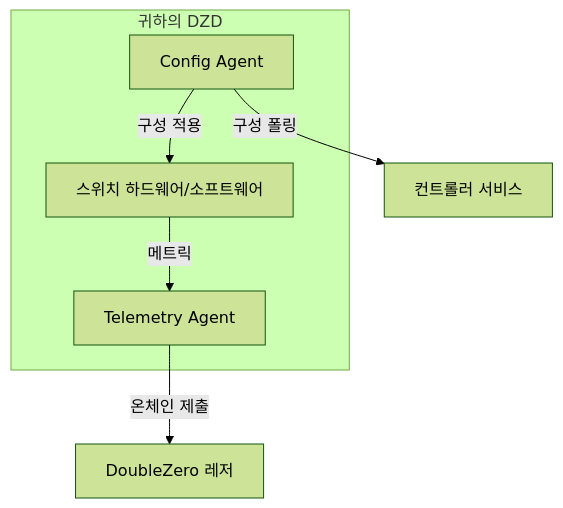
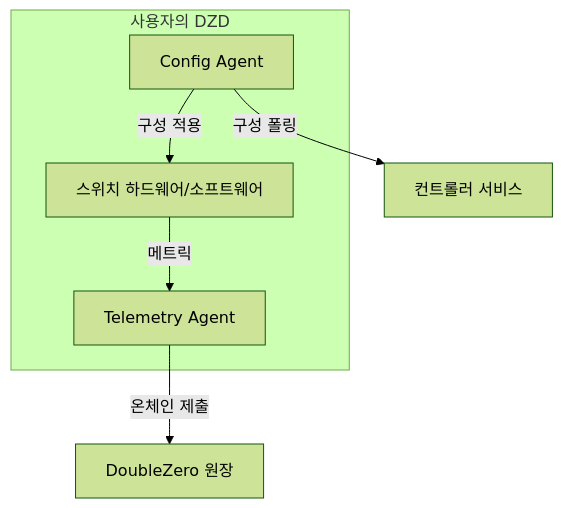
One commit to malbeclabs/docs changed diagram 12 of 13 in docs/contribute-provisioning.ko.md. Above: the diagram before and after it, drawn with Mermaid (forest theme). The commit also changed other lines of this file and 160 other files, not shown here.

````diff
--- a/docs/contribute-provisioning.ko.md
+++ b/docs/contribute-provisioning.ko.md
@@ -697,14 +766,14 @@
 ```mermaid
 flowchart TB
-    subgraph "귀하의 DZD"
+    subgraph "사용자의 DZD"
         CA[Config Agent]
         TA[Telemetry Agent]
         HW[스위치 하드웨어/소프트웨어]
     end
 
     CA -->|구성 폴링| CTRL[컨트롤러 서비스]
     CA -->|구성 적용| HW
 
     HW -->|메트릭| TA
-    TA -->|온체인 제출| BC[DoubleZero 레저]
+    TA -->|온체인 제출| BC[DoubleZero 원장]
 ```
````
